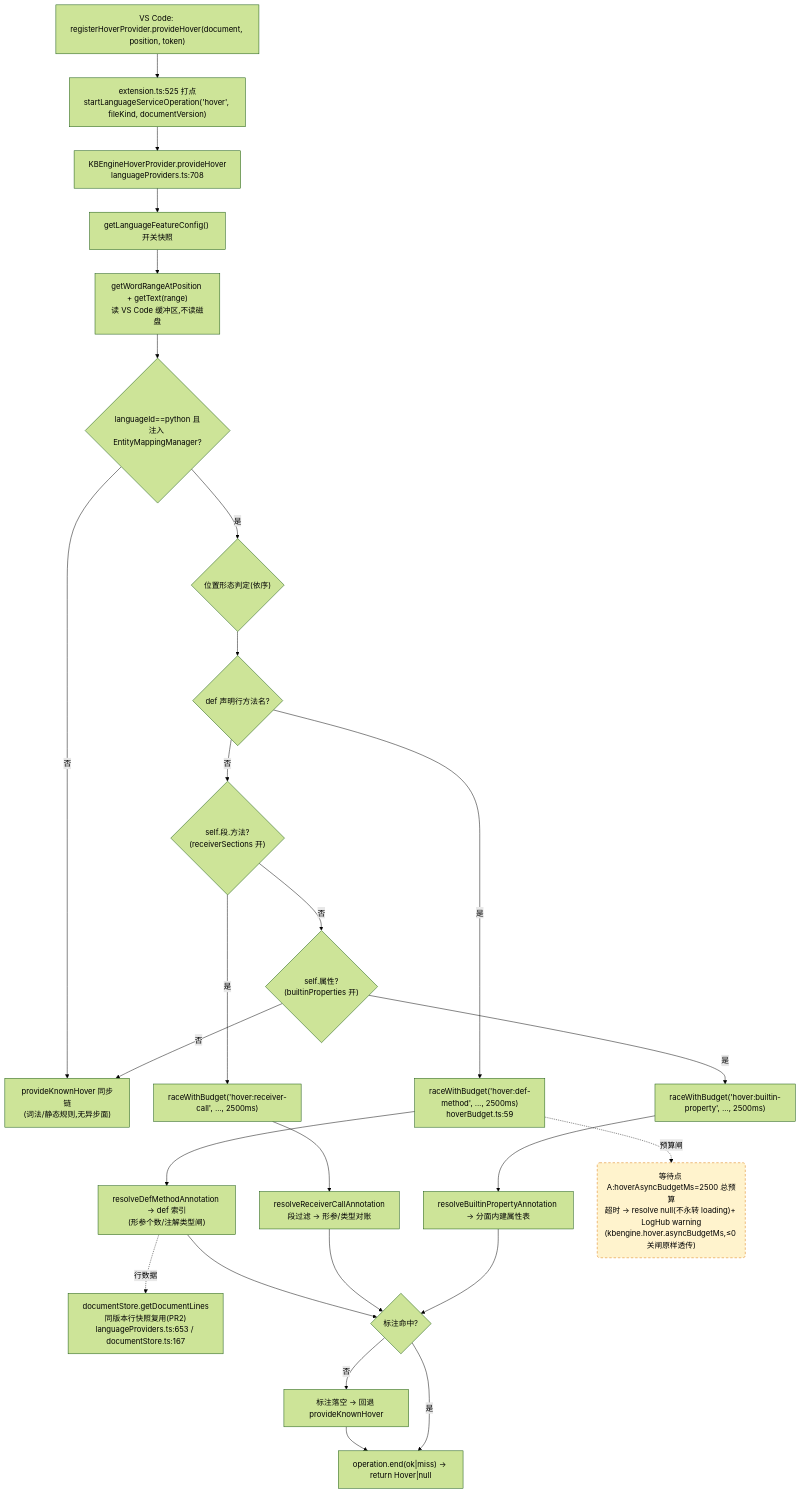
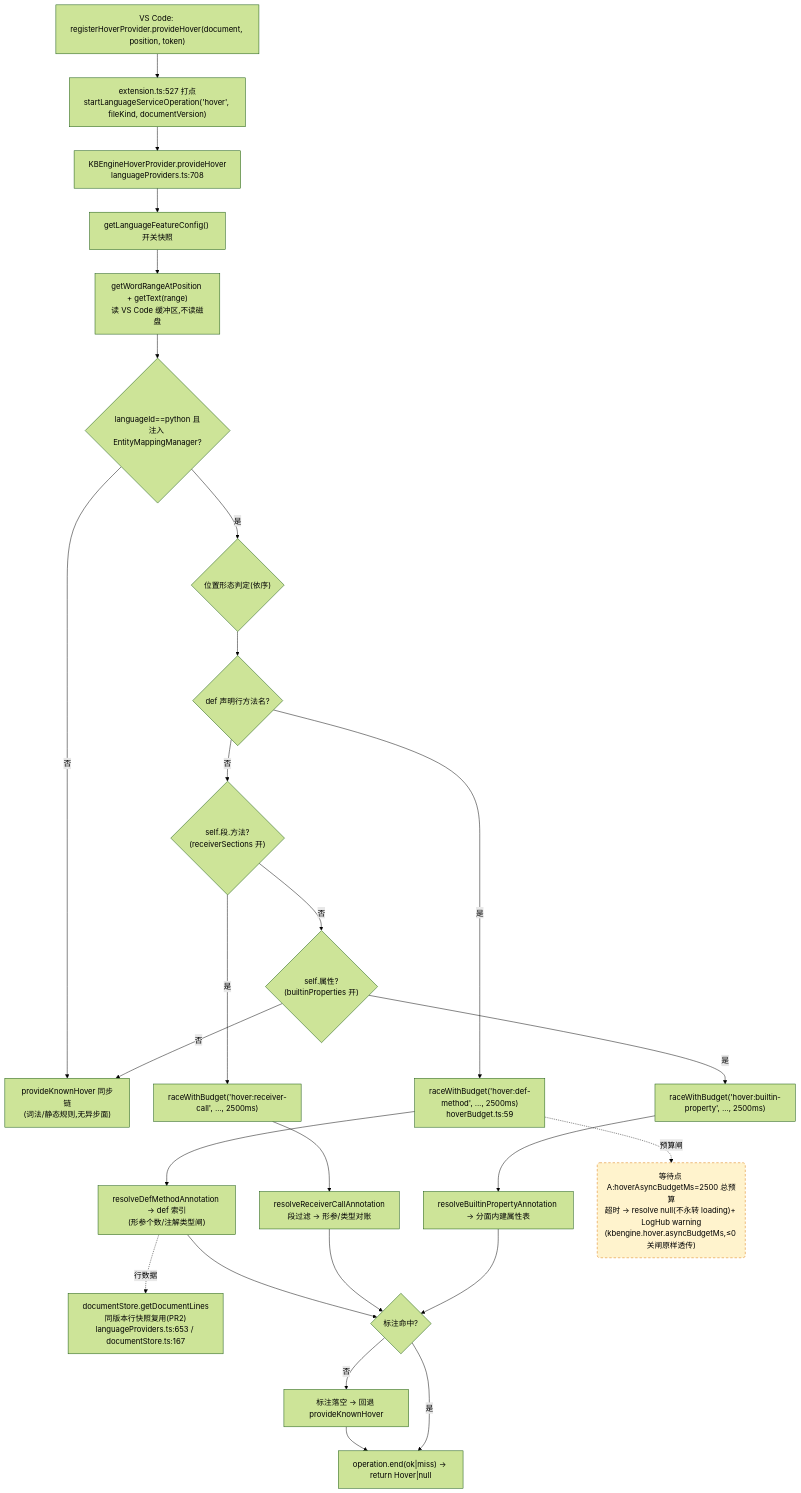
The first of 4 diagrams in docs/perf/2026-baseline.md (cuihairu/kode), drawn with Mermaid (forest theme) before and after one commit. The commit also changed other lines of this file and 14 other files, not shown here.

````diff
--- a/docs/perf/2026-baseline.md
+++ b/docs/perf/2026-baseline.md
@@ -80,45 +80,45 @@
 ```mermaid
 flowchart TD
   VC1["VS Code: registerHoverProvider.provideHover(document, position, token)"]
-  M1["extension.ts:525 打点<br/>startLanguageServiceOperation('hover', fileKind, documentVersion)"]
+  M1["extension.ts:527 打点<br/>startLanguageServiceOperation('hover', fileKind, documentVersion)"]
   HP["KBEngineHoverProvider.provideHover<br/>languageProviders.ts:708"]
   CFG["getLanguageFeatureConfig() 开关快照"]
   WORD["getWordRangeAtPosition + getText(range)<br/>读 VS Code 缓冲区,不读磁盘"]
   BR{"languageId==python 且<br/>注入 EntityMappingManager?"}
   KN["provideKnownHover 同步链<br/>(词法/静态规则,无异步面)"]
   POS{"位置形态判定(依序)"}
   D1{"def 声明行方法名?"}
   D2{"self.段.方法?<br/>(receiverSections 开)"}
   D3{"self.属性?<br/>(builtinProperties 开)"}
   RA1["raceWithBudget('hover:def-method', …, 2500ms)<br/>hoverBudget.ts:59"]
   RA2["raceWithBudget('hover:receiver-call', …, 2500ms)"]
   RA3["raceWithBudget('hover:builtin-property', …, 2500ms)"]
   RS1["resolveDefMethodAnnotation → def 索引<br/>(形参个数/注解类型闸)"]
   RS2["resolveReceiverCallAnnotation<br/>段过滤 → 形参/类型对账"]
   RS3["resolveBuiltinPropertyAnnotation → 分面内建属性表"]
   LINES["documentStore.getDocumentLines<br/>同版本行快照复用(PR2)<br/>languageProviders.ts:653 / documentStore.ts:167"]
   MISS["标注落空 → 回退 provideKnownHover"]
   END1["operation.end(ok|miss) → return Hover|null"]
 
   VC1 --> M1 --> HP --> CFG --> WORD --> BR
   BR -- "否" --> KN
   BR -- "是" --> POS --> D1
   D1 -- "是" --> RA1 --> RS1
   D1 -- "否" --> D2
   D2 -- "是" --> RA2 --> RS2
   D2 -- "否" --> D3
   D3 -- "是" --> RA3 --> RS3
   D3 -- "否" --> KN
   RS1 --> HIT{"标注命中?"}
   RS2 --> HIT
   RS3 --> HIT
   RS1 -.->|行数据| LINES
   HIT -- "否" --> MISS --> END1
   HIT -- "是" --> END1
 
   WAITA("等待点 A:hoverAsyncBudgetMs=2500 总预算<br/>超时 → resolve null(不永转 loading)+ LogHub warning<br/>(kbengine.hover.asyncBudgetMs,≤0 关闸原样透传)")
   RA1 -.->|预算闸| WAITA
 
   classDef waitPoint fill:#fff3cd,stroke:#d97706,stroke-dasharray:5 4;
   class WAITA waitPoint;
 ```
````
